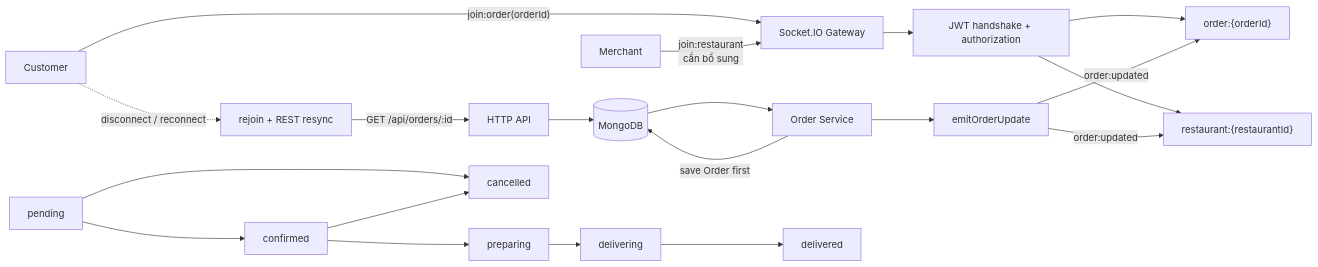
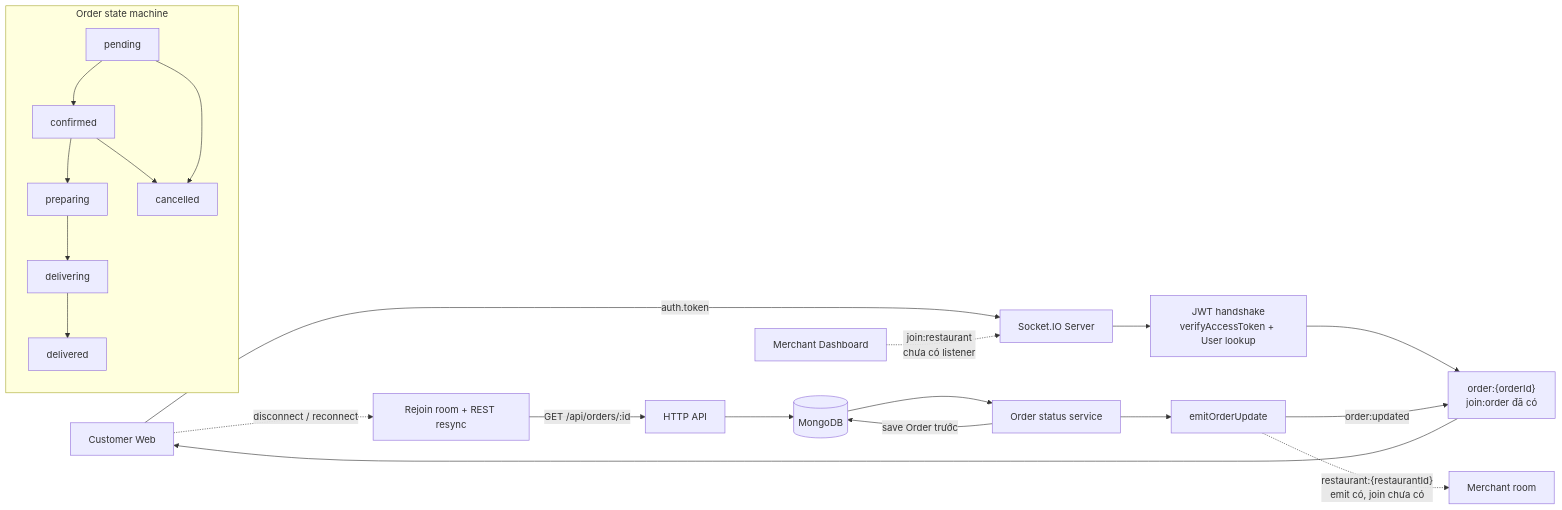
Before and after one commit to czx04/fsa-fe-food-ordering: the diagram in report/diagrams/hinh-3-4-realtime-order-status.mmd, drawn with Mermaid. The commit also changed 22 other files, not shown here.

```diff
--- a/report/diagrams/hinh-3-4-realtime-order-status.mmd
+++ b/report/diagrams/hinh-3-4-realtime-order-status.mmd
@@ -1,20 +1,25 @@
 flowchart LR
-    U["Customer"] -->|"join:order(orderId)"| G["Socket.IO Gateway"]
-    M["Merchant"] -->|"join:restaurant<br/>cần bổ sung"| G
-    G --> AUTH["JWT handshake + authorization"]
-    AUTH --> RO["order:{orderId}"]
-    AUTH --> RM["restaurant:{restaurantId}"]
-    O["Order Service"] -->|"save Order first"| DB[("MongoDB")]
+    U["Customer Web"] -->|"auth.token"| G["Socket.IO Server"]
+    M["Merchant Dashboard"] -.->|"join:restaurant<br/>chưa có listener"| G
+    G --> AUTH["JWT handshake<br/>verifyAccessToken + User lookup"]
+    AUTH --> RO["order:{orderId}<br/>join:order đã có"]
+
+    O["Order status service"] -->|"save Order trước"| DB[("MongoDB")]
     DB --> O
     O --> E["emitOrderUpdate"]
     E -->|"order:updated"| RO
-    E -->|"order:updated"| RM
-    U -.->|"disconnect / reconnect"| R["rejoin + REST resync"]
+    E -.->|"restaurant:{restaurantId}<br/>emit có, join chưa có"| RM["Merchant room"]
+    RO --> U
+
+    U -.->|"disconnect / reconnect"| R["Rejoin room + REST resync"]
     R -->|"GET /api/orders/:id"| API["HTTP API"]
     API --> DB
-    P["pending"] --> A["confirmed"]
-    A --> PR["preparing"]
-    PR --> D["delivering"]
-    D --> C["delivered"]
-    P --> X["cancelled"]
-    A --> X
+
+    subgraph StateMachine["Order state machine"]
+        P["pending"] --> A["confirmed"]
+        A --> PR["preparing"]
+        PR --> D["delivering"]
+        D --> C["delivered"]
+        P --> X["cancelled"]
+        A --> X
+    end
```
